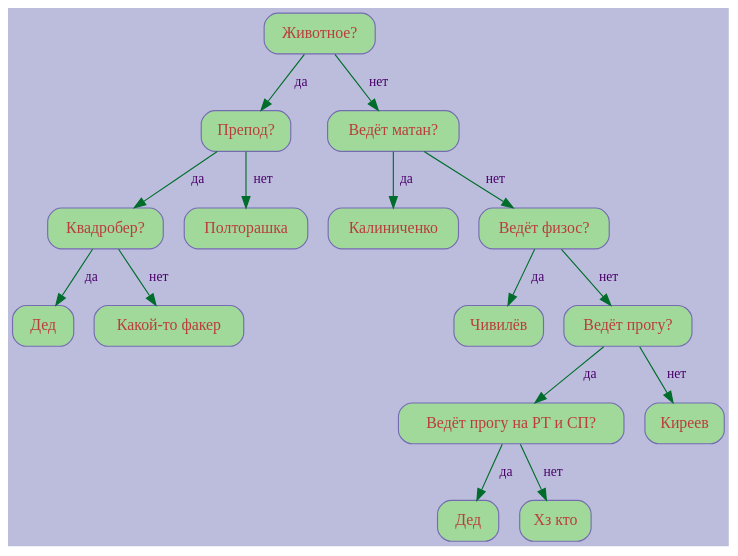
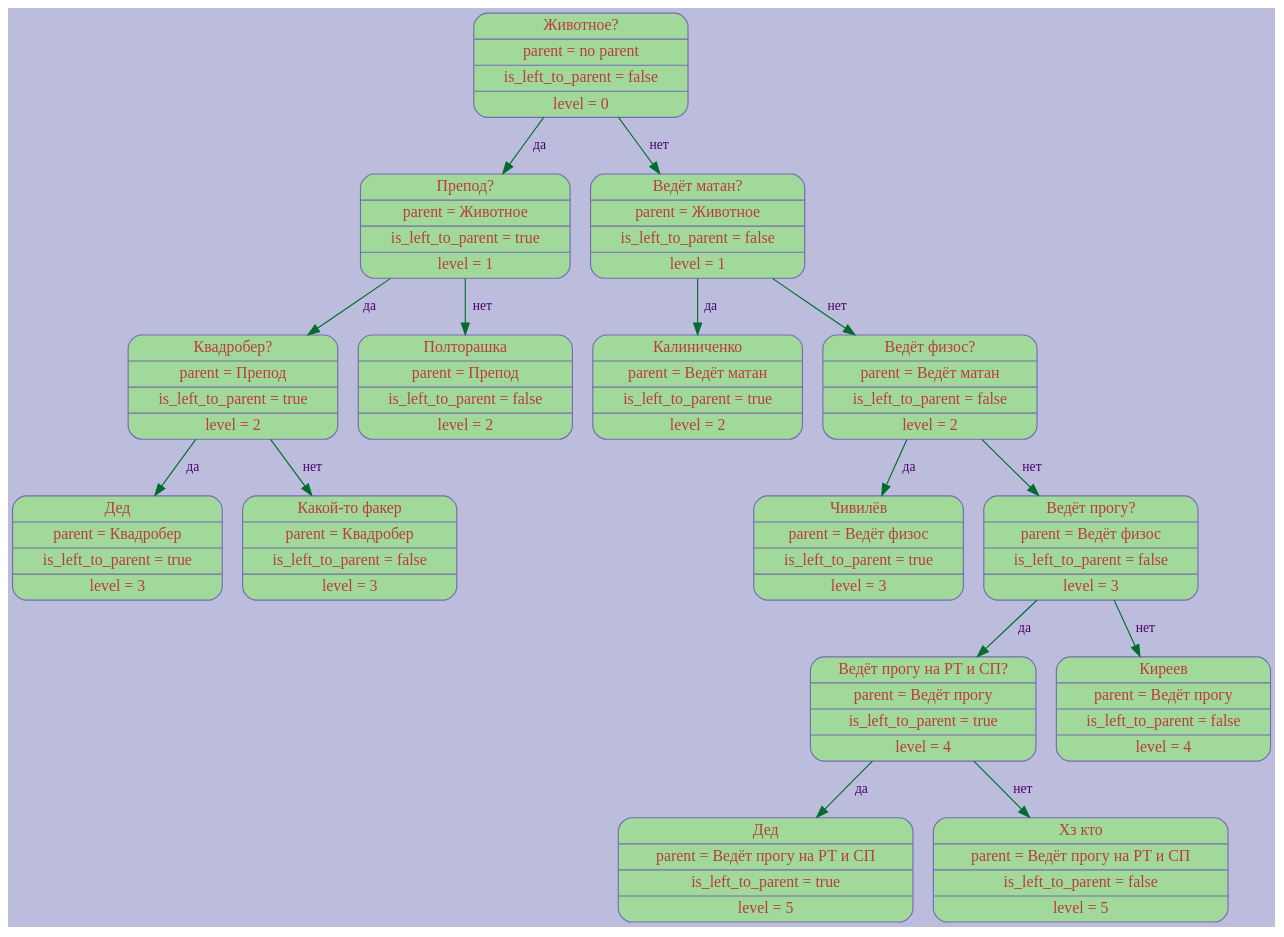
Before and after one commit to sevaphasol/akinator: the diagram in logs/dot_files/DataBase.dot, drawn with Graphviz. The commit also changed 10 other files, not shown here.

```diff
--- a/logs/dot_files/DataBase.dot
+++ b/logs/dot_files/DataBase.dot
@@ -1,21 +1,21 @@
 digraph G{
 rankdir=HR;
 node[style=filled, color="#756bb1", fillcolor="#a1d99b",fontcolor="#ba3d3d", fontsize=14];
 edge[color="#006d2c", fontsize=12, penwidth=1, fontcolor = "#49006a"];
 bgcolor="#bcbddc";
-elem1[shape="Mrecord", label="Животное?"];
-elem1->elem2[label = " да "];elem2[shape="Mrecord", label="Препод?"];
-elem2->elem3[label = " да "];elem3[shape="Mrecord", label="Квадробер?"];
-elem3->elem4[label = " да "];elem4[shape="Mrecord", label="Дед"];
-elem3->elem5[label = " нет "];elem5[shape="Mrecord", label="Какой-то факер"];
-elem2->elem6[label = " нет "];elem6[shape="Mrecord", label="Полторашка"];
-elem1->elem7[label = " нет "];elem7[shape="Mrecord", label="Ведёт матан?"];
-elem7->elem8[label = " да "];elem8[shape="Mrecord", label="Калиниченко"];
-elem7->elem9[label = " нет "];elem9[shape="Mrecord", label="Ведёт физос?"];
-elem9->elem10[label = " да "];elem10[shape="Mrecord", label="Чивилёв"];
-elem9->elem11[label = " нет "];elem11[shape="Mrecord", label="Ведёт прогу?"];
-elem11->elem12[label = " да "];elem12[shape="Mrecord", label="Ведёт прогу на РТ и СП?"];
-elem12->elem13[label = " да "];elem13[shape="Mrecord", label="Дед"];
-elem12->elem14[label = " нет "];elem14[shape="Mrecord", label="Хз кто"];
-elem11->elem15[label = " нет "];elem15[shape="Mrecord", label="Киреев"];
+elem1[shape="Mrecord", label= "{Животное? | parent = no parent | is_left_to_parent = false | level = 0}"];
+elem1->elem2[label = " да "];elem2[shape="Mrecord", label= "{Препод? | parent = Животное | is_left_to_parent = true | level = 1}"];
+elem2->elem3[label = " да "];elem3[shape="Mrecord", label= "{Квадробер? | parent = Препод | is_left_to_parent = true | level = 2}"];
+elem3->elem4[label = " да "];elem4[shape="Mrecord", label= "{Дед | parent = Квадробер | is_left_to_parent = true | level = 3}"];
+elem3->elem5[label = " нет "];elem5[shape="Mrecord", label= "{Какой-то факер | parent = Квадробер | is_left_to_parent = false | level = 3}"];
+elem2->elem6[label = " нет "];elem6[shape="Mrecord", label= "{Полторашка | parent = Препод | is_left_to_parent = false | level = 2}"];
+elem1->elem7[label = " нет "];elem7[shape="Mrecord", label= "{Ведёт матан? | parent = Животное | is_left_to_parent = false | level = 1}"];
+elem7->elem8[label = " да "];elem8[shape="Mrecord", label= "{Калиниченко | parent = Ведёт матан | is_left_to_parent = true | level = 2}"];
+elem7->elem9[label = " нет "];elem9[shape="Mrecord", label= "{Ведёт физос? | parent = Ведёт матан | is_left_to_parent = false | level = 2}"];
+elem9->elem10[label = " да "];elem10[shape="Mrecord", label= "{Чивилёв | parent = Ведёт физос | is_left_to_parent = true | level = 3}"];
+elem9->elem11[label = " нет "];elem11[shape="Mrecord", label= "{Ведёт прогу? | parent = Ведёт физос | is_left_to_parent = false | level = 3}"];
+elem11->elem12[label = " да "];elem12[shape="Mrecord", label= "{Ведёт прогу на РТ и СП? | parent = Ведёт прогу | is_left_to_parent = true | level = 4}"];
+elem12->elem13[label = " да "];elem13[shape="Mrecord", label= "{Дед | parent = Ведёт прогу на РТ и СП | is_left_to_parent = true | level = 5}"];
+elem12->elem14[label = " нет "];elem14[shape="Mrecord", label= "{Хз кто | parent = Ведёт прогу на РТ и СП | is_left_to_parent = false | level = 5}"];
+elem11->elem15[label = " нет "];elem15[shape="Mrecord", label= "{Киреев | parent = Ведёт прогу | is_left_to_parent = false | level = 4}"];
 }
```
